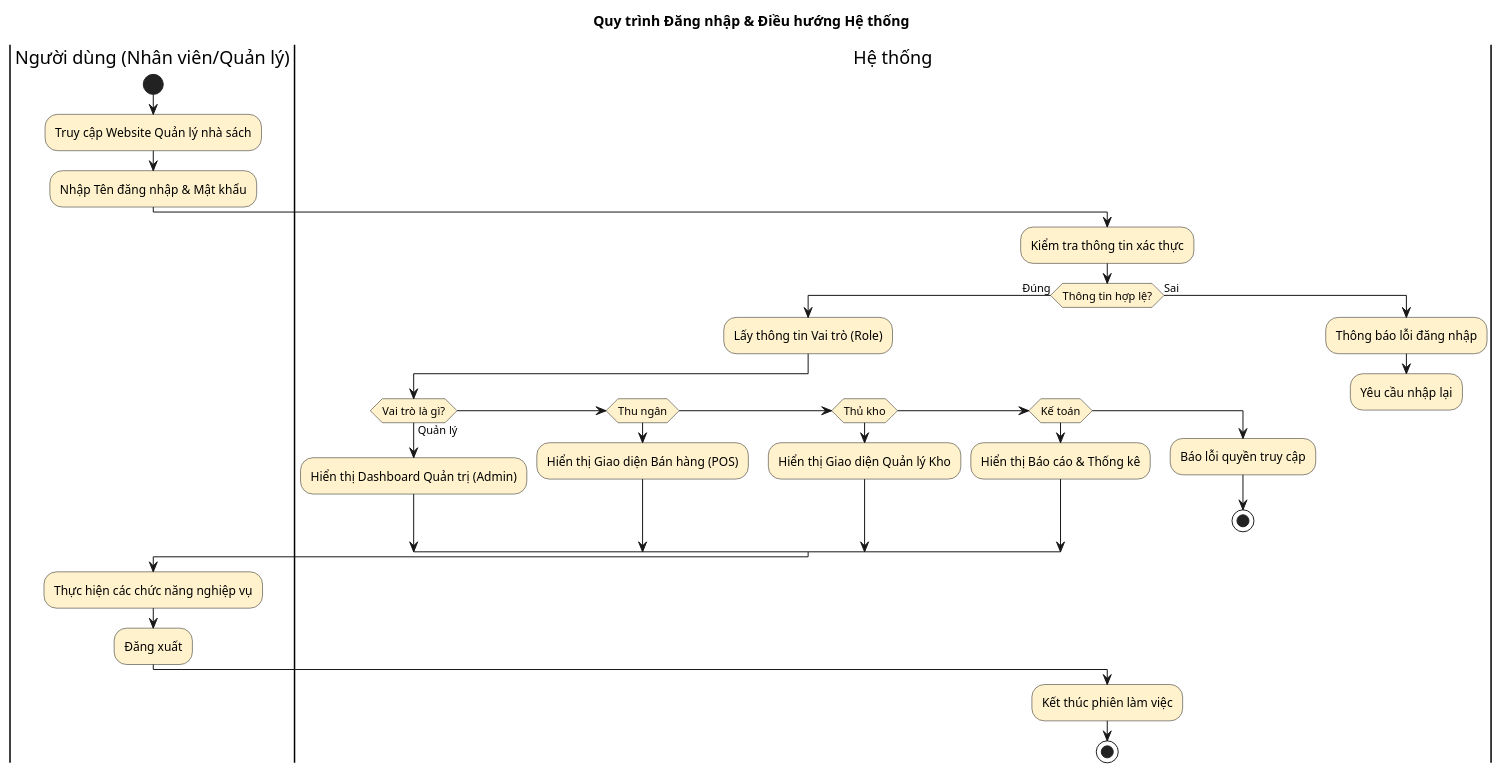
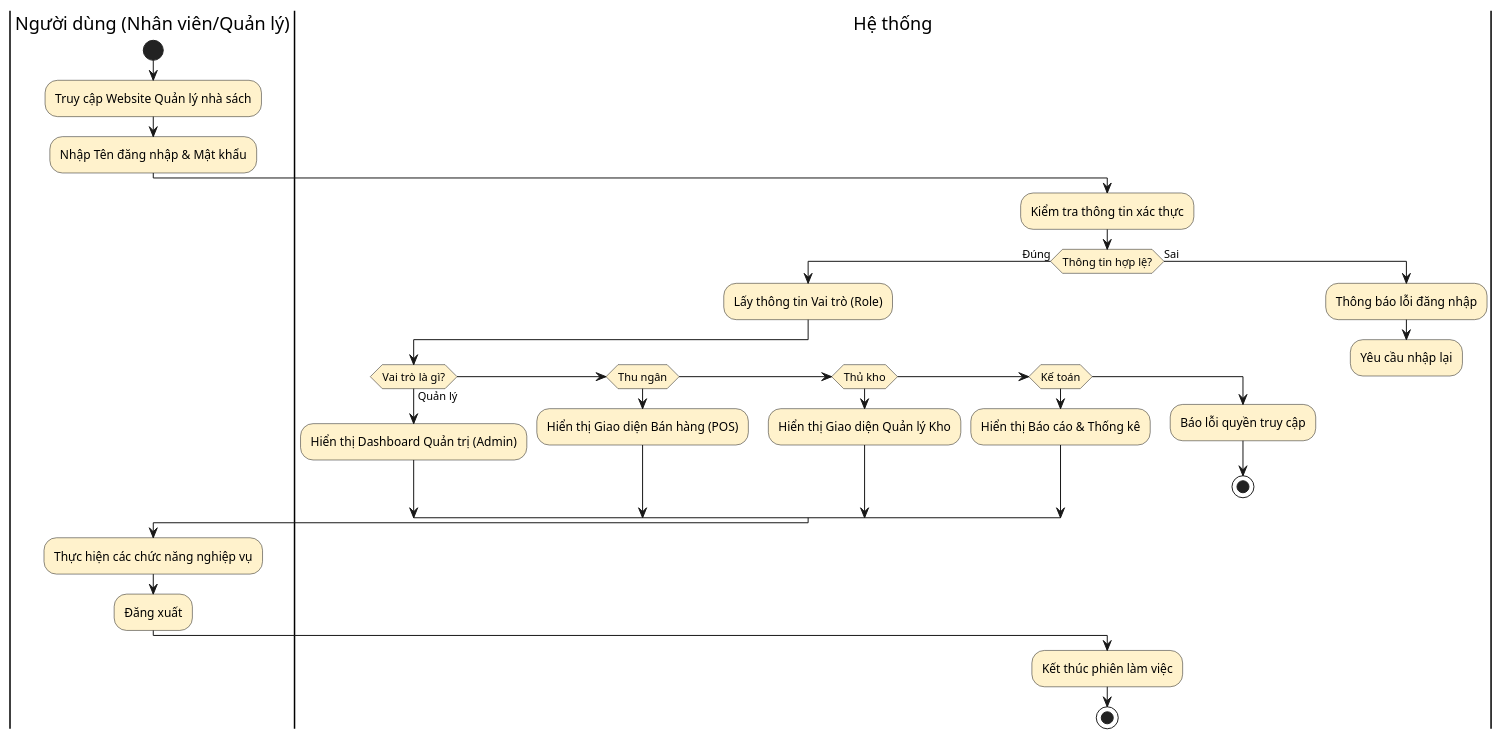
The diagram in docs/quy trình nghiệp vụ/quy trình chung.plantuml (Kh0anh/QuanLyNhaSach), drawn with PlantUML before and after one commit. The commit also changed 8 other files, not shown here.

```diff
--- a/docs/quy trình nghiệp vụ/quy trình chung.plantuml
+++ b/docs/quy trình nghiệp vụ/quy trình chung.plantuml
@@ -1,40 +1,39 @@
 @startuml
-title Quy trình Đăng nhập & Điều hướng Hệ thống
 skinparam ActivityBackgroundColor #FFF2CC
 
 |Người dùng (Nhân viên/Quản lý)|
 start
 :Truy cập Website Quản lý nhà sách;
 :Nhập Tên đăng nhập & Mật khẩu;
 
 |Hệ thống|
 :Kiểm tra thông tin xác thực;
 if (Thông tin hợp lệ?) then (Đúng)
     :Lấy thông tin Vai trò (Role);
     if (Vai trò là gì?) then 
         ->Quản lý;
         :Hiển thị Dashboard Quản trị (Admin);
     elseif (Thu ngân) then
         :Hiển thị Giao diện Bán hàng (POS);
     elseif (Thủ kho) then
         :Hiển thị Giao diện Quản lý Kho;
     elseif (Kế toán) then
         :Hiển thị Báo cáo & Thống kê;
     else
         :Báo lỗi quyền truy cập;
         stop
     endif
 else (Sai)
     :Thông báo lỗi đăng nhập;
     :Yêu cầu nhập lại;
     detach
 endif
 
 |Người dùng (Nhân viên/Quản lý)|
 :Thực hiện các chức năng nghiệp vụ;
 :Đăng xuất;
 
 |Hệ thống|
 :Kết thúc phiên làm việc;
 stop
 @enduml
```
